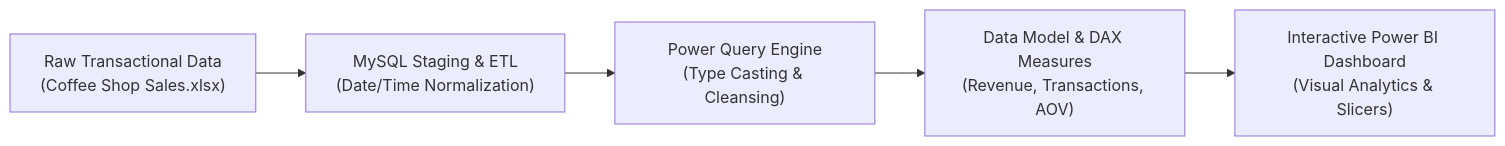
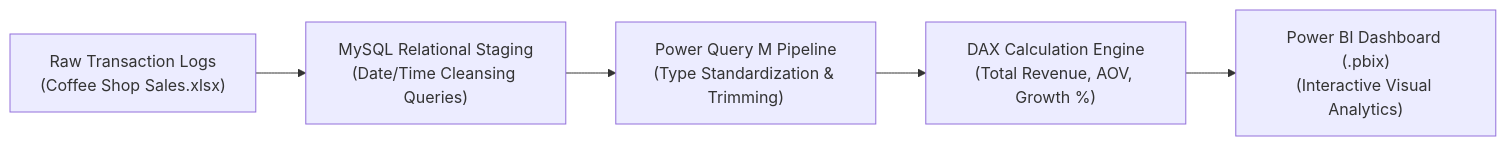
The diagram in README.md (Amaraiah11/Amaraiah_PowerBI_Project), drawn with Mermaid before and after one commit. The commit also changed other lines of this file, not shown here.

Commit message:
docs: elevate README to 10/10 Apply Pilot standard with interactive architectures, skill icons, and setup instructions

````diff
--- a/README.md
+++ b/README.md
@@ -43,7 +76,7 @@
 ```mermaid
 flowchart LR
-    A["Raw Transactional Data<br/>(Coffee Shop Sales.xlsx)"] --> B["MySQL Staging & ETL<br/>(Date/Time Normalization)"]
-    B --> C["Power Query Engine<br/>(Type Casting & Cleansing)"]
-    C --> D["Data Model & DAX Measures<br/>(Revenue, Transactions, AOV)"]
-    D --> E["Interactive Power BI Dashboard<br/>(Visual Analytics & Slicers)"]
+    A["Raw Transaction Logs<br/>(Coffee Shop Sales.xlsx)"] --> B["MySQL Relational Staging<br/>(Date/Time Cleansing Queries)"]
+    B --> C["Power Query M Pipeline<br/>(Type Standardization & Trimming)"]
+    C --> D["DAX Calculation Engine<br/>(Total Revenue, AOV, Growth %)"]
+    D --> E["Power BI Dashboard (.pbix)<br/>(Interactive Visual Analytics)"]
 ```
````
